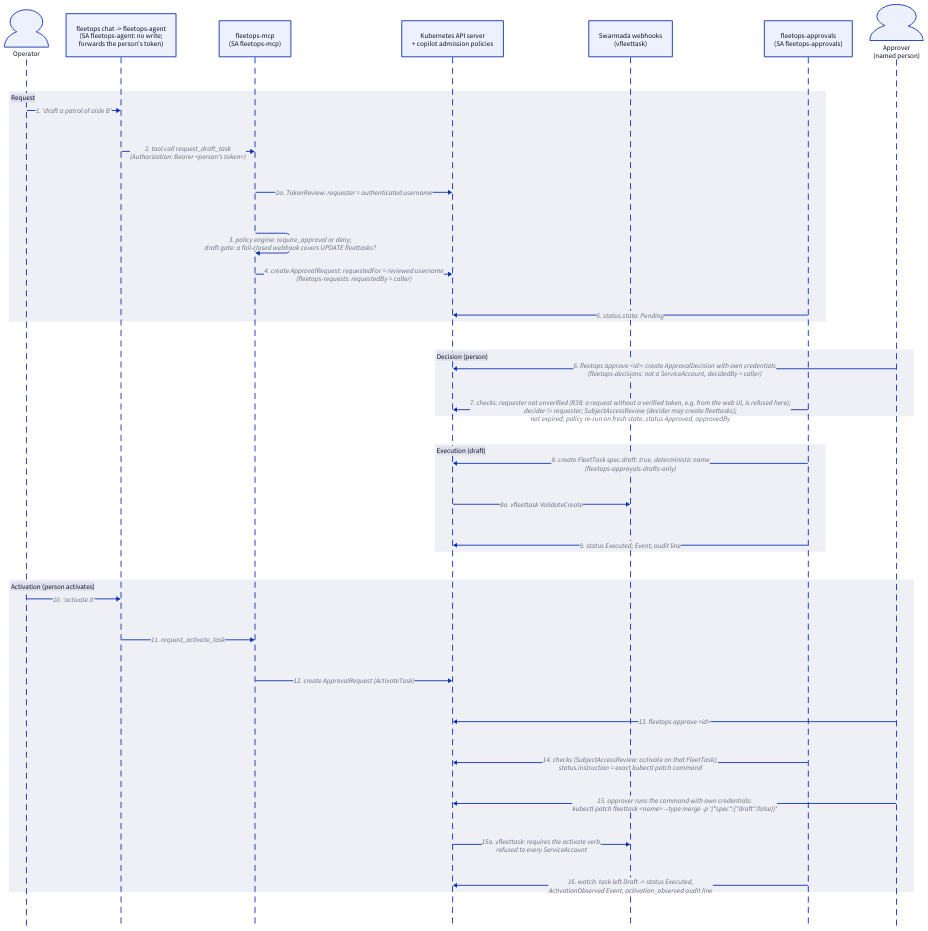
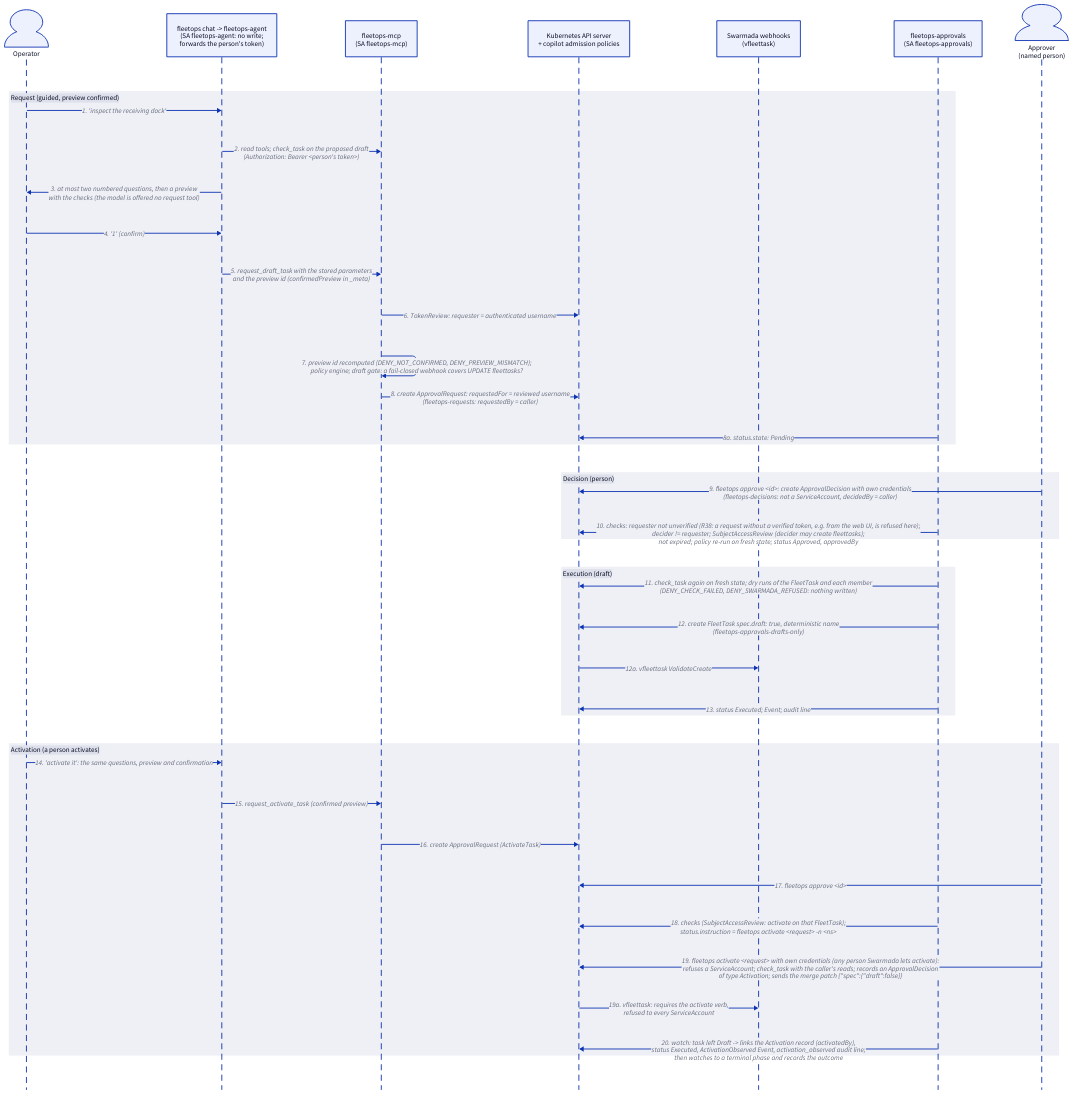
One commit to AlexBahel/fleet-ops-copilot changed the diagram in docs/architecture/approval-flow.d2. Above: the diagram before and after it, drawn with D2. The commit also changed 5 other files, not shown here.

First line of the commit message:
docs/architecture: re-render for the new names and the guided flow

```diff
--- a/docs/architecture/approval-flow.d2
+++ b/docs/architecture/approval-flow.d2
@@ -1,49 +1,53 @@
 # Fleet Ops Copilot: approval flow for a draft FleetTask and its activation
-# (docs/DESIGN.md §3.3, D25, D28). Source for approval-flow.svg; render with
-# `d2 approval-flow.d2 approval-flow.svg` (see README.md in this directory).
-# Zone maintenance and zone stop follow steps 1-9 with a different write in
-# step 8. fleetops-mcp records as requestedFor the username of the caller's bearer
-# token, verified with a TokenReview (R39); without a verified token it records
-# unverified:<name>, which is refused at step 7 (R38). The web UI sends no token,
-# so its requests stop there; fleetops chat sends the person's token.
+# (docs/DESIGN.md §3.3, §3.10, D25, D28, D74, D76, D79). Source for approval-flow.svg;
+# render with `d2 approval-flow.d2 approval-flow.svg` (see README.md in this directory).
+# Zone maintenance and zone stop follow steps 1-13 with a different write in
+# step 12 and no step 11. fleetops-mcp records as requestedFor the username of the
+# caller's bearer token, verified with a TokenReview (R39); without a verified token
+# it records unverified:<name>, which is refused at step 10 (R38). The web UI sends
+# no token, so its requests stop there; fleetops chat sends the person's token.
 
 shape: sequence_diagram
 
 operator: Operator {shape: person}
 agent: "fleetops chat -> fleetops-agent\n(SA fleetops-agent: no write;\nforwards the person's token)"
 mcp: "fleetops-mcp\n(SA fleetops-mcp)"
 api: "Kubernetes API server\n+ copilot admission policies"
 webhooks: "Swarmada webhooks\n(vfleettask)"
 approvals: "fleetops-approvals\n(SA fleetops-approvals)"
 approver: "Approver\n(named person)" {shape: person}
 
-request: "Request" {
-  operator -> agent: "1. 'draft a patrol of aisle B'"
-  agent -> mcp: "2. tool call request_draft_task\n(Authorization: Bearer <person's token>)"
-  mcp -> api: "2a. TokenReview: requester = authenticated username"
-  mcp -> mcp: "3. policy engine: require_approval or deny;\ndraft gate: a fail-closed webhook covers UPDATE fleettasks?"
-  mcp -> api: "4. create ApprovalRequest: requestedFor = reviewed username\n(fleetops-requests: requestedBy = caller)"
-  approvals -> api: "5. status.state: Pending"
+request: "Request (guided, preview confirmed)" {
+  operator -> agent: "1. 'inspect the receiving dock'"
+  agent -> mcp: "2. read tools; check_task on the proposed draft\n(Authorization: Bearer <person's token>)"
+  agent -> operator: "3. at most two numbered questions, then a preview\nwith the checks (the model is offered no request tool)"
+  operator -> agent: "4. '1' (confirm)"
+  agent -> mcp: "5. request_draft_task with the stored parameters\nand the preview id (confirmedPreview in _meta)"
+  mcp -> api: "6. TokenReview: requester = authenticated username"
+  mcp -> mcp: "7. preview id recomputed (DENY_NOT_CONFIRMED, DENY_PREVIEW_MISMATCH);\npolicy engine; draft gate: a fail-closed webhook covers UPDATE fleettasks?"
+  mcp -> api: "8. create ApprovalRequest: requestedFor = reviewed username\n(fleetops-requests: requestedBy = caller)"
+  approvals -> api: "8a. status.state: Pending"
 }
 
 decide: "Decision (person)" {
-  approver -> api: "6. fleetops approve <id>: create ApprovalDecision with own credentials\n(fleetops-decisions: not a ServiceAccount, decidedBy = caller)"
-  approvals -> api: "7. checks: requester not unverified (R38: a request without a verified token, e.g. from the web UI, is refused here);\ndecider != requester; SubjectAccessReview (decider may create fleettasks);\nnot expired; policy re-run on fresh state; status Approved, approvedBy"
+  approver -> api: "9. fleetops approve <id>: create ApprovalDecision with own credentials\n(fleetops-decisions: not a ServiceAccount, decidedBy = caller)"
+  approvals -> api: "10. checks: requester not unverified (R38: a request without a verified token, e.g. from the web UI, is refused here);\ndecider != requester; SubjectAccessReview (decider may create fleettasks);\nnot expired; policy re-run on fresh state; status Approved, approvedBy"
 }
 
 execute: "Execution (draft)" {
-  approvals -> api: "8. create FleetTask spec.draft: true, deterministic name\n(fleetops-approvals-drafts-only)"
-  api -> webhooks: "8a. vfleettask ValidateCreate"
-  approvals -> api: "9. status Executed; Event; audit line"
+  approvals -> api: "11. check_task again on fresh state; dry runs of the FleetTask and each member\n(DENY_CHECK_FAILED, DENY_SWARMADA_REFUSED: nothing written)"
+  approvals -> api: "12. create FleetTask spec.draft: true, deterministic name\n(fleetops-approvals-drafts-only)"
+  api -> webhooks: "12a. vfleettask ValidateCreate"
+  approvals -> api: "13. status Executed; Event; audit line"
 }
 
-activate: "Activation (person activates)" {
-  operator -> agent: "10. 'activate it'"
-  agent -> mcp: "11. request_activate_task"
-  mcp -> api: "12. create ApprovalRequest (ActivateTask)"
-  approver -> api: "13. fleetops approve <id>"
-  approvals -> api: "14. checks (SubjectAccessReview: activate on that FleetTask);\nstatus.instruction = exact kubectl patch command"
-  approver -> api: "15. approver runs the command with own credentials:\nkubectl patch fleettask <name> --type merge -p '{\"spec\":{\"draft\":false}}'"
-  api -> webhooks: "15a. vfleettask: requires the activate verb,\nrefused to every ServiceAccount"
-  approvals -> api: "16. watch: task left Draft -> status Executed,\nActivationObserved Event, activation_observed audit line"
+activate: "Activation (a person activates)" {
+  operator -> agent: "14. 'activate it': the same questions, preview and confirmation"
+  agent -> mcp: "15. request_activate_task (confirmed preview)"
+  mcp -> api: "16. create ApprovalRequest (ActivateTask)"
+  approver -> api: "17. fleetops approve <id>"
+  approvals -> api: "18. checks (SubjectAccessReview: activate on that FleetTask);\nstatus.instruction = fleetops activate <request> -n <ns>"
+  approver -> api: "19. fleetops activate <request> with own credentials (any person Swarmada lets activate):\nrefuses a ServiceAccount; check_task with the caller's reads; records an ApprovalDecision\nof type Activation; sends the merge patch {\"spec\":{\"draft\":false}}"
+  api -> webhooks: "19a. vfleettask: requires the activate verb,\nrefused to every ServiceAccount"
+  approvals -> api: "20. watch: task left Draft -> links the Activation record (activatedBy),\nstatus Executed, ActivationObserved Event, activation_observed audit line;\nthen watches to a terminal phase and records the outcome"
 }
```
